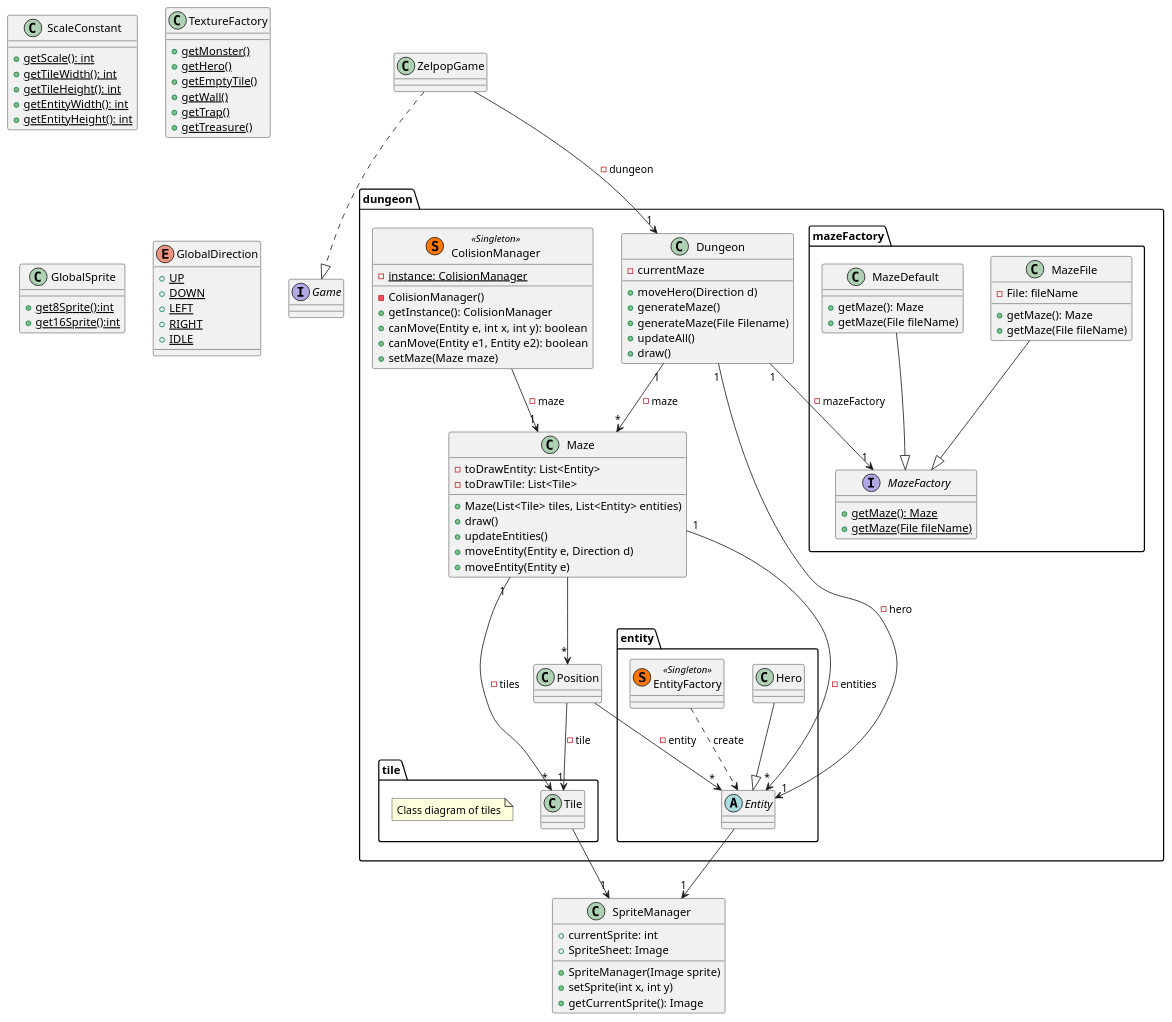
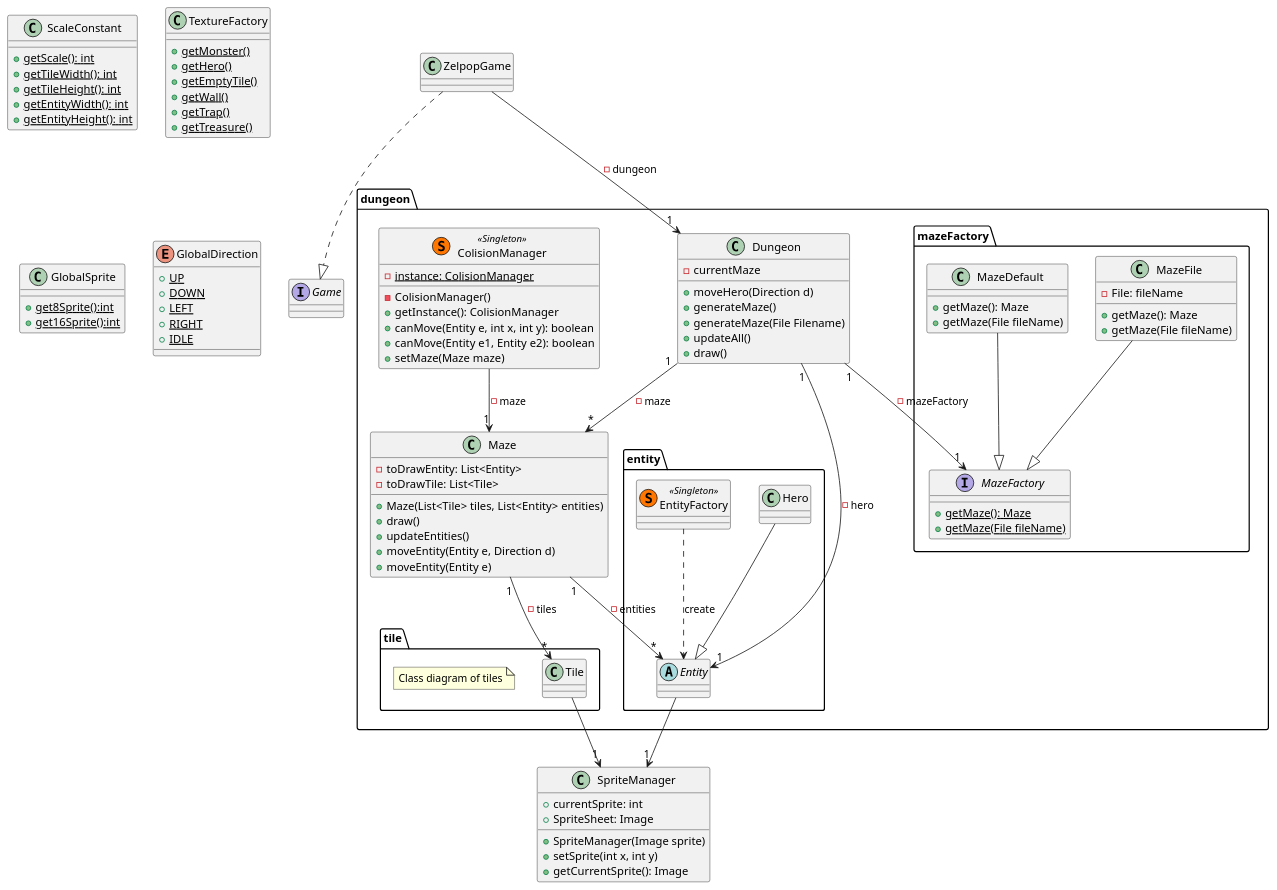
The diagram in doc/first_sprint/diagrams/puml/class/global.puml (Reynault/ACL_2019_Zelpop), drawn with PlantUML before and after one commit.

Commit message:
First sprint : update diagrams.

```diff
--- a/doc/first_sprint/diagrams/puml/class/global.puml
+++ b/doc/first_sprint/diagrams/puml/class/global.puml
@@ -1,156 +1,149 @@
 @startuml
 
 class ZelpopGame{
 
 }
 
 interface Game{
 
 }
 
 package dungeon{
-
-    class Position{
-
-    }
 
     class Dungeon{
         - currentMaze
         + moveHero(Direction d)
         + generateMaze()
         + generateMaze(File Filename)
         + updateAll()
         + draw()
     }
 
     class Maze{
         - toDrawEntity: List<Entity>
         - toDrawTile: List<Tile>
         + Maze(List<Tile> tiles, List<Entity> entities)
         + draw()
         + updateEntities()
         + moveEntity(Entity e, Direction d)
         + moveEntity(Entity e)
     }
 
     package tile{
 
         class Tile{
 
         }
 
         note "Class diagram of tiles" as N1
 
     }
 
     package entity{
 
         abstract Entity{
 
         }
 
         class Hero{
 
         }
 
         class EntityFactory << (S,#FF7700) Singleton >>{
 
         }
 
     }
 
     class ColisionManager << (S,#FF7700) Singleton >>{
         - {static} instance: ColisionManager
         - ColisionManager()
         + getInstance(): ColisionManager
         + canMove(Entity e, int x, int y): boolean
         + canMove(Entity e1, Entity e2): boolean
         + setMaze(Maze maze)
     }
 
     ColisionManager --> "1" Maze: -maze
 
     package mazeFactory{
 
         interface MazeFactory{
             + {static}getMaze(): Maze
             + {static}getMaze(File fileName)
         }
 
         class MazeFile{
             - File: fileName
             + getMaze(): Maze
             + getMaze(File fileName)
         }
 
         class MazeDefault{
             + getMaze(): Maze
             + getMaze(File fileName)
         }
 
     }
 
 }
 
 class ScaleConstant{
     + {static} getScale(): int
     + {static} getTileWidth(): int
     + {static} getTileHeight(): int
     + {static} getEntityWidth(): int
     + {static} getEntityHeight(): int
 }
 
 class TextureFactory{
     + {static}getMonster()
     + {static}getHero()
     + {static}getEmptyTile()
     + {static}getWall()
     + {static}getTrap()
     + {static}getTreasure()
 }
 
 class SpriteManager{
     + currentSprite: int
     + SpriteSheet: Image
     + SpriteManager(Image sprite)
     + setSprite(int x, int y)
     + getCurrentSprite(): Image
 }
 
 class GlobalSprite{
     + {static} get8Sprite():int
     + {static} get16Sprite():int
 }
 
 enum GlobalDirection{
     + {static} UP
     + {static} DOWN
     + {static} LEFT
     + {static} RIGHT
     + {static} IDLE
 }
 
 MazeDefault --|> MazeFactory
 Dungeon "1" --> "*" Maze: -maze
 Dungeon "1" --> "1" MazeFactory: -mazeFactory
 Maze "1" --> "*" Tile: -tiles
 Maze "1" --> "*" Entity: -entities
-Maze --> "*" Position
 
 EntityFactory ..> Entity : create
 
 ZelpopGame ..|> Game
 ZelpopGame --> "1" Dungeon: -dungeon
 
 Hero --|> Entity
 Dungeon "1" --> "1" Entity : -hero
 
 MazeFile --|> MazeFactory
 
 Tile --> "1" SpriteManager
 Entity --> "1" SpriteManager
 
-Position --> "1" Tile: -tile
-Position --> "*" Entity: -entity
 
 @enduml
```
